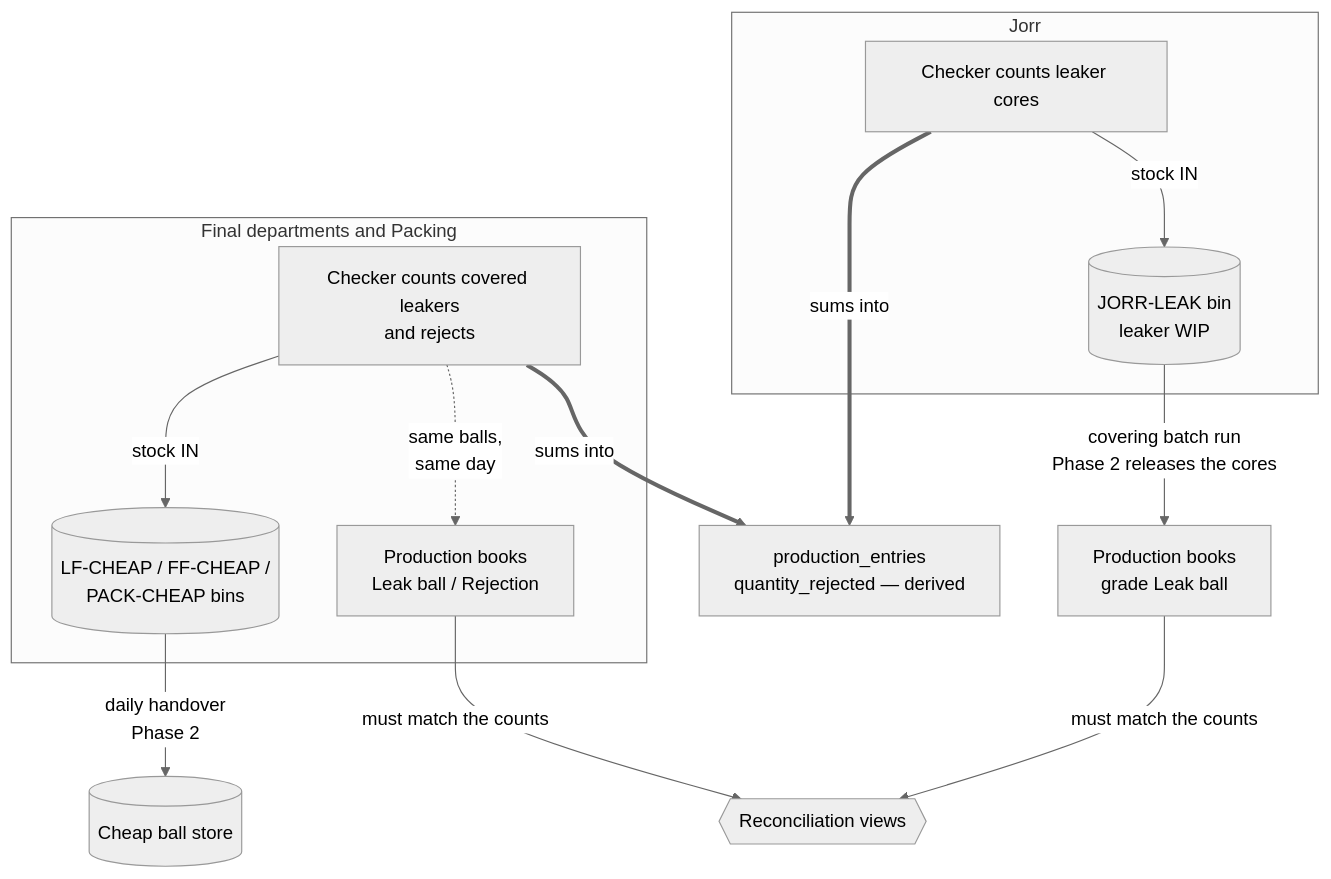
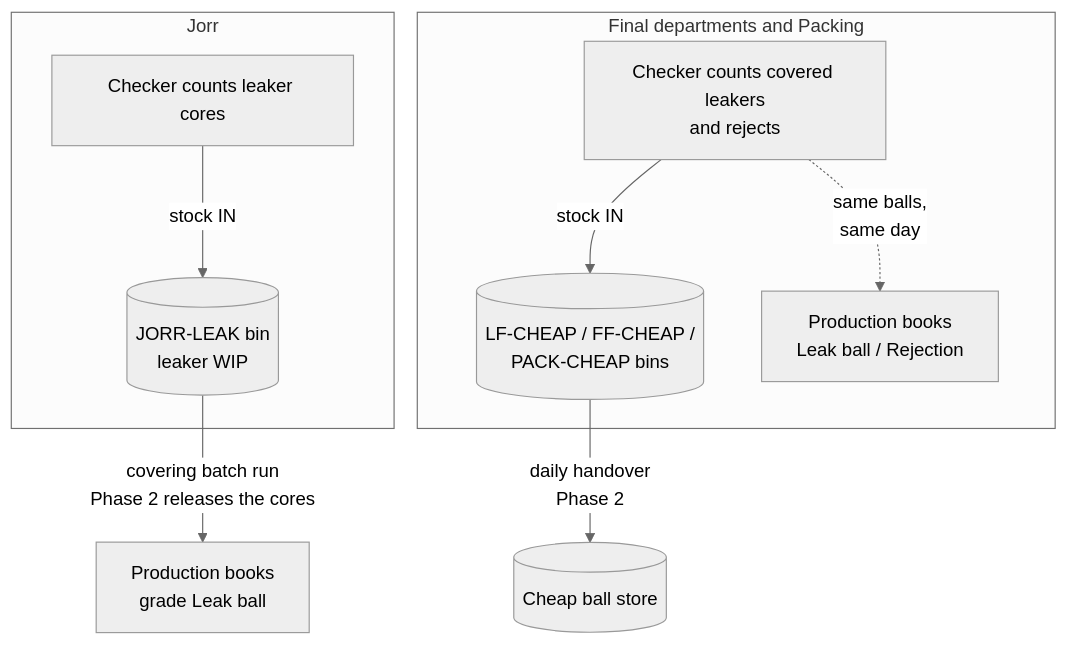
Before and after one commit to cansport-lgtm/cansporterpv2: the diagram in docs/RW_BALL_INVENTORY_WORKFLOW.md, drawn with Mermaid (neutral theme). The commit also changed other lines of this file and 7 other files, not shown here.

````diff
--- a/docs/RW_BALL_INVENTORY_WORKFLOW.md
+++ b/docs/RW_BALL_INVENTORY_WORKFLOW.md
@@ -30,15 +41,12 @@
 ```mermaid
 flowchart TD
     subgraph Jorr
         A[Checker counts leaker cores] -->|stock IN| B[(JORR-LEAK bin\nleaker WIP)]
     end
     B -->|covering batch run\nPhase 2 releases the cores| C[Production books\ngrade Leak ball]
     subgraph Final departments and Packing
         D[Checker counts covered leakers\nand rejects] -->|stock IN| E[(LF-CHEAP / FF-CHEAP /\nPACK-CHEAP bins)]
         D -.->|same balls,\nsame day| F[Production books\nLeak ball / Rejection]
     end
-    D ==>|sums into| G[production_entries\nquantity_rejected — derived]
-    A ==>|sums into| G
     E -->|daily handover\nPhase 2| H[(Cheap ball store)]
-    C & F -->|must match the counts| I{{Reconciliation views}}
 ```
````
